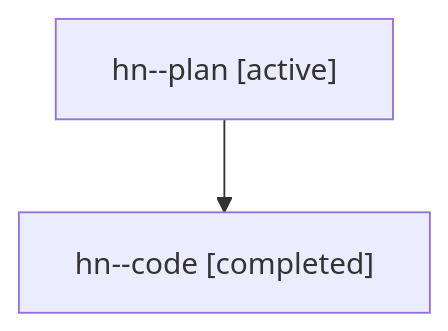
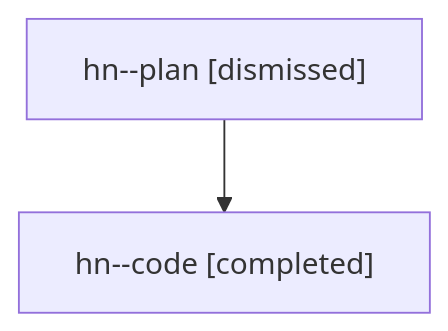
Before and after one commit to sase-org/sase--agents: the diagram in sessions/bbugyi200.athena.hn.md, drawn with Mermaid. The commit also changed other lines of this file and 34 other files, not shown here.

````diff
--- a/sessions/bbugyi200.athena.hn.md
+++ b/sessions/bbugyi200.athena.hn.md
@@ -9,6 +9,6 @@
 ```mermaid
 flowchart TD
-  n0["hn--plan [active]"]
+  n0["hn--plan [dismissed]"]
   n1["hn--code [completed]"]
   n0 --> n1
 ```
````
